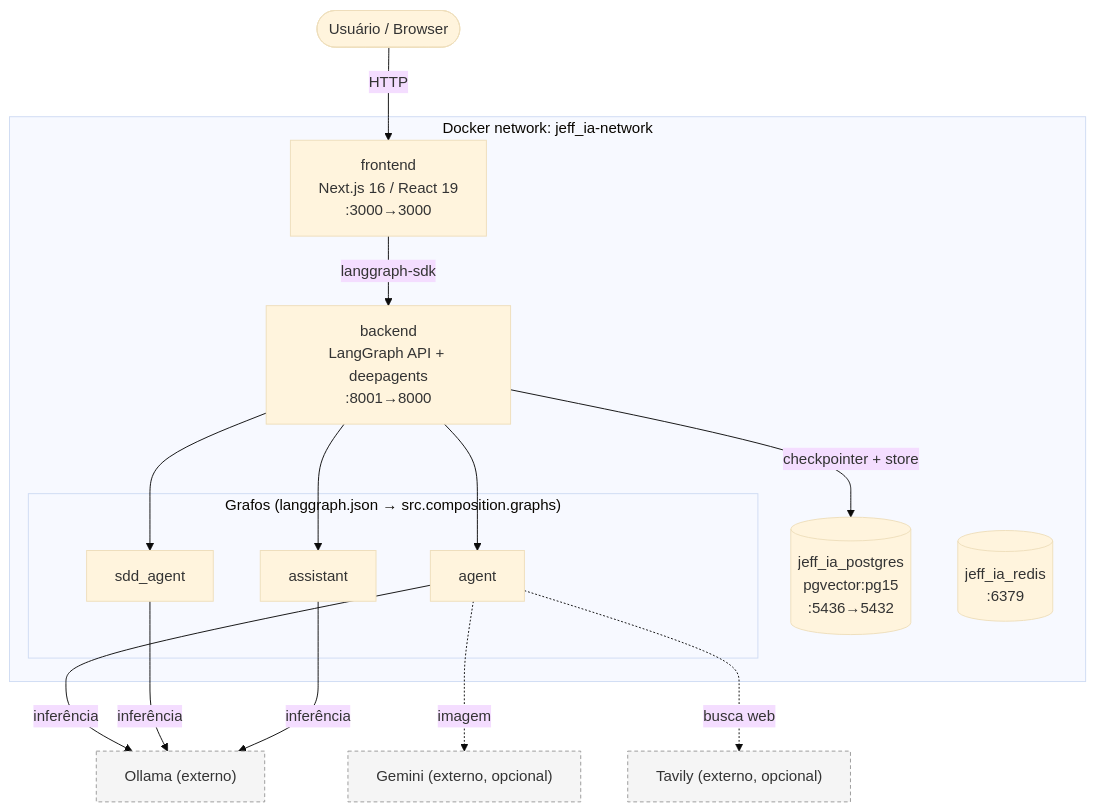
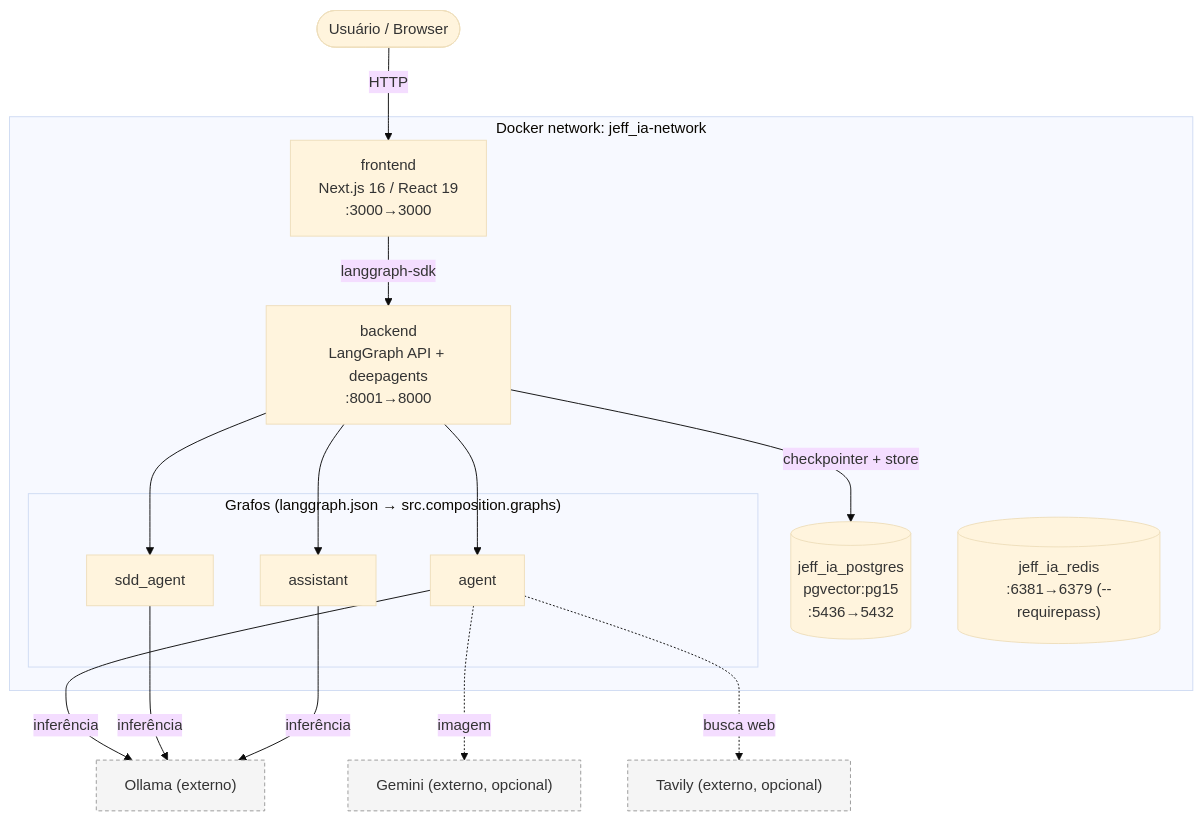
The diagram in docs/ARCHITECTURE.md (jjefersonad/jeff_ai), drawn with Mermaid (base theme) before and after one commit. The commit also changed 36 other files, not shown here.

````diff
--- a/docs/ARCHITECTURE.md
+++ b/docs/ARCHITECTURE.md
@@ -126,27 +126,27 @@
 ```mermaid
 flowchart TB
     User([Usuário / Browser])
     subgraph net["Docker network: jeff_ia-network"]
         FE["frontend<br/>Next.js 16 / React 19<br/>:3000→3000"]
         BE["backend<br/>LangGraph API + deepagents<br/>:8001→8000"]
         subgraph graphs["Grafos (langgraph.json → src.composition.graphs)"]
             G1["agent"]
             G2["sdd_agent"]
             G3["assistant"]
         end
         PG[("jeff_ia_postgres<br/>pgvector:pg15<br/>:5436→5432")]
-        RD[("jeff_ia_redis<br/>:6379")]
+        RD[("jeff_ia_redis<br/>:6381→6379 (--requirepass)")]
     end
     OLL["Ollama (externo)"]
     GEM["Gemini (externo, opcional)"]
     TAV["Tavily (externo, opcional)"]
     User -->|HTTP| FE
     FE -->|langgraph-sdk| BE
     BE --> G1 & G2 & G3
     G1 & G2 & G3 -->|inferência| OLL
     G1 -.->|imagem| GEM
     G1 -.->|busca web| TAV
     BE -->|checkpointer + store| PG
     classDef ext fill:#f5f5f5,stroke:#999,stroke-dasharray:4 3;
     class OLL,GEM,TAV ext;
 ```
````
